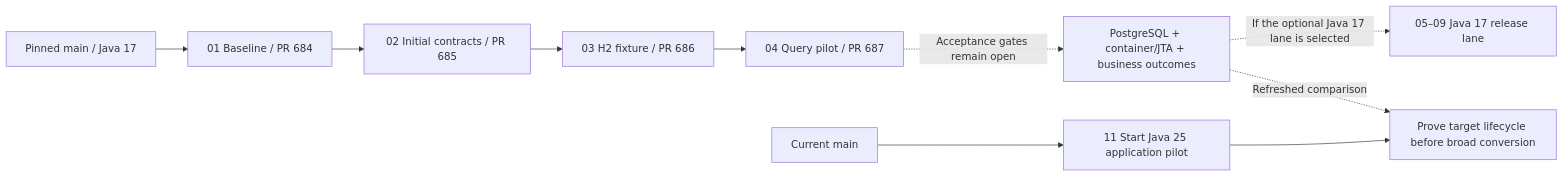
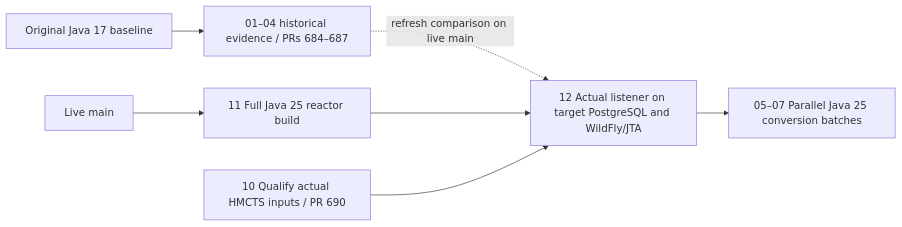
One commit to hmcts/cpp-context-progression changed the diagram in docs/java17-first-migration/implementation-status.md. Above: the diagram before and after it, drawn with Mermaid. The commit also changed other lines of this file and 7 other files, not shown here.

Commit message:
docs(migration): publish the Java 25 first roadmap and build evidence

````diff
--- a/docs/java17-first-migration/implementation-status.md
+++ b/docs/java17-first-migration/implementation-status.md
@@ -8,12 +8,9 @@
 ```mermaid
 flowchart LR
-  M["Pinned main / Java 17"] --> B["01 Baseline / PR 684"]
-  B --> C["02 Initial contracts / PR 685"]
-  C --> H["03 H2 fixture / PR 686"]
-  H --> P["04 Query pilot / PR 687"]
-  P -. "Acceptance gates remain open" .-> G["PostgreSQL + container/JTA + business outcomes"]
-  G -. "If the optional Java 17 lane is selected" .-> R["05–09 Java 17 release lane"]
-  M2["Current main"] --> J25["11 Start Java 25 application pilot"]
-  J25 --> GT["Prove target lifecycle before broad conversion"]
-  G -. "Refreshed comparison" .-> GT
+  M["Original Java 17 baseline"] --> B["01–04 historical evidence / PRs 684–687"]
+  N["Live main"] --> J25["11 Full Java 25 reactor build"]
+  B -. refresh comparison on live main .-> L["12 Actual listener on target PostgreSQL and WildFly/JTA"]
+  J25 --> L
+  P["10 Qualify actual HMCTS inputs / PR 690"] --> L
+  L --> R["05–07 Parallel Java 25 conversion batches"]
 ```
````
